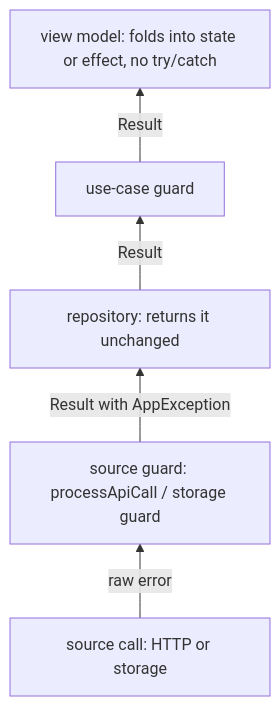
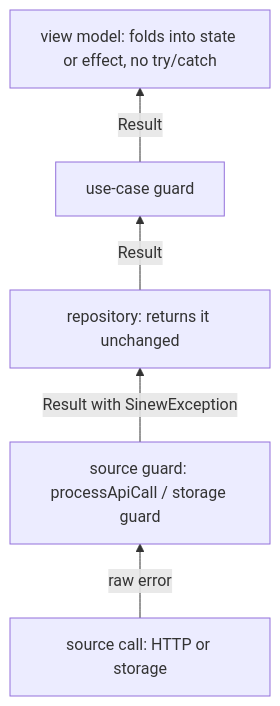
Before and after one commit to srctool/sinew: the diagram in docs/internal/development/guide/01-foundations/02-error-model.mdx, drawn with Mermaid. The commit also changed other lines of this file and 10 other files, not shown here.

First line of the commit message:
docs: sync the Guide with PagingMetaEnvelope and SinewException (#9)

````diff
--- a/docs/internal/development/guide/01-foundations/02-error-model.mdx
+++ b/docs/internal/development/guide/01-foundations/02-error-model.mdx
@@ -74,7 +74,7 @@
 ```mermaid
 flowchart BT
     SRC["source call: HTTP or storage"] -- "raw error" --> G1["source guard: processApiCall / storage guard"]
-    G1 -- "Result with AppException" --> REPO["repository: returns it unchanged"]
+    G1 -- "Result with SinewException" --> REPO["repository: returns it unchanged"]
     REPO -- "Result" --> G2["use-case guard"]
     G2 -- "Result" --> VM["view model: folds into state or effect, no try/catch"]
 ```
````
